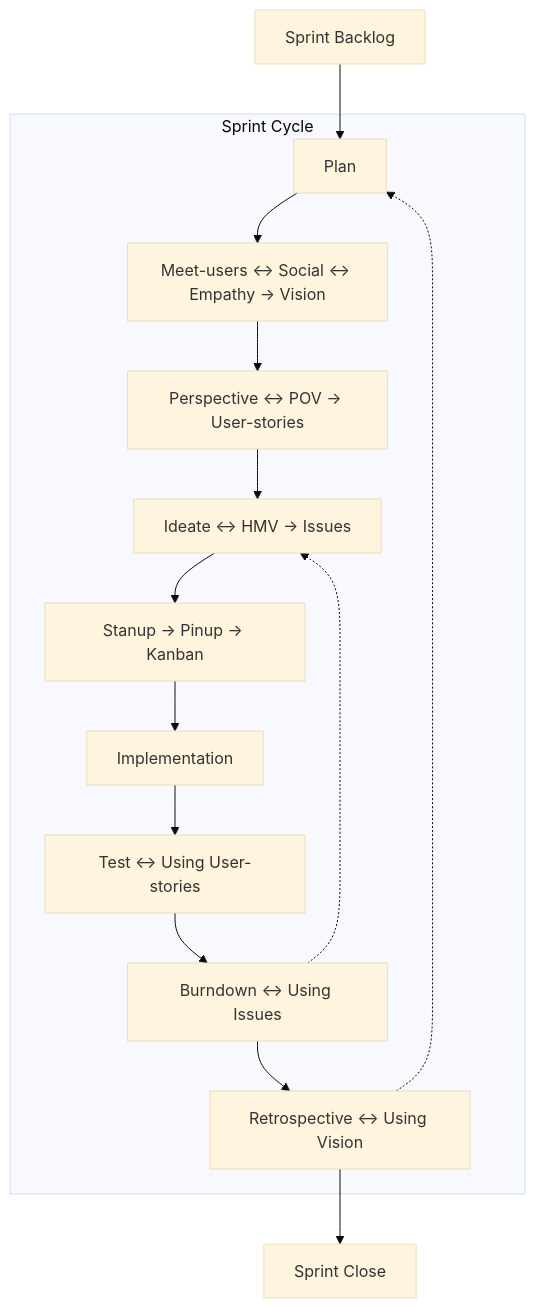
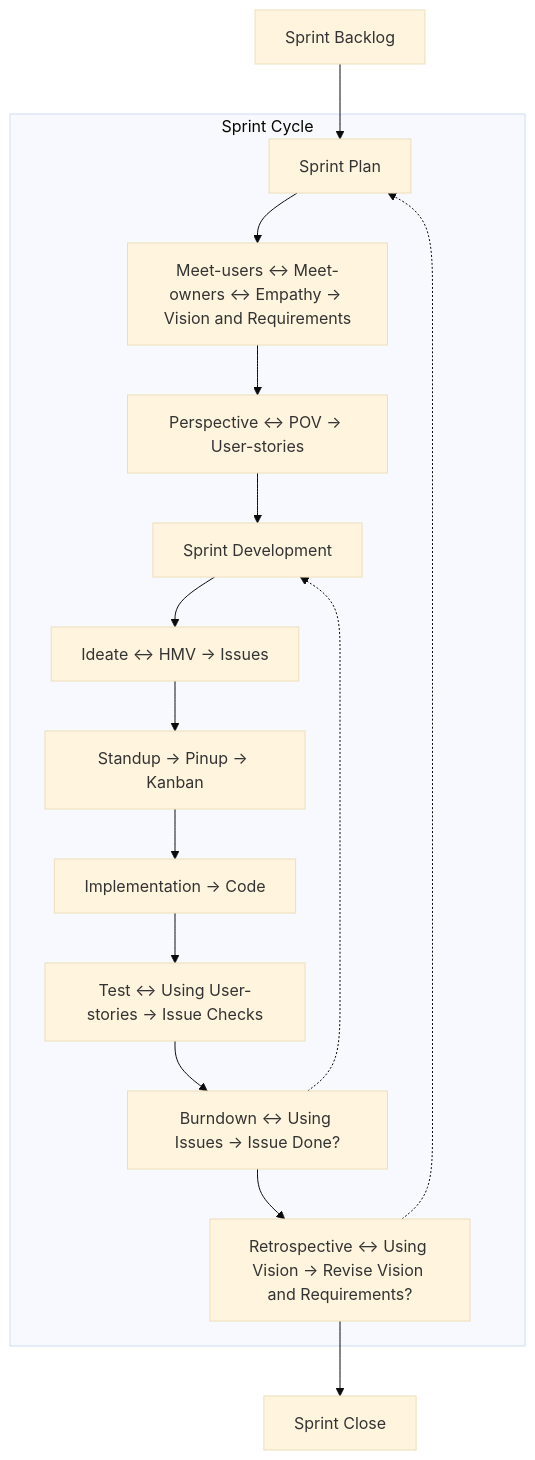
One commit to whitelunarium/pages_fork changed the first of 6 diagrams in _posts/Foundation/A-agile_classroom/2025-08-16-agile_design_thinking.md. Above: the diagram before and after it, drawn with Mermaid (base theme). The commit also changed other lines of this file, not shown here.

Commit message:
liking agile for students

````diff
--- a/_posts/Foundation/A-agile_classroom/2025-08-16-agile_design_thinking.md
+++ b/_posts/Foundation/A-agile_classroom/2025-08-16-agile_design_thinking.md
@@ -44,30 +45,32 @@
 ```mermaid
 flowchart TD
-  A[Sprint Backlog] --> B[Plan]
-  B --> C[Meet-users ↔ Social ↔ Empathy → Vision]
+  A[Sprint Backlog] --> B[Sprint Plan]
+  B --> C[Meet-users ↔ Meet-owners ↔ Empathy → Vision and Requirements]
   C --> D[Perspective ↔ POV → User-stories]
-  D --> E[Ideate ↔ HMV → Issues]
-  E --> F[Stanup → Pinup → Kanban]
-  F --> G[Implementation]
-  G --> H[Test ↔ Using User-stories]
-  H --> I[Burndown ↔ Using Issues]
-  I --> J[Retrospective ↔ Using Vision]
-  J -.-> B
-  J --> K[Sprint Close]
+  D --> E[Sprint Development]
+  E --> F[Ideate ↔ HMV → Issues]
+  F --> G[Standup → Pinup → Kanban]
+  G --> H[Implementation → Code]
+  H --> I[Test ↔ Using User-stories → Issue Checks]
+  I --> J[Burndown ↔ Using Issues → Issue Done?]
+  J --> K[Retrospective ↔ Using Vision → Revise Vision and Requirements?]
+  K -.-> B
+  K --> L[Sprint Close]
 
   %% Feedback loop from Retrospective/Burndown to Plan
-  I -.-> E
+  J -.-> E
 
   %% Optional: Highlight the cycle
   subgraph "Sprint Cycle"
     B
     C
     D
     E
     F
     G
     H
     I
     J
+    K
   end
 ```
````
